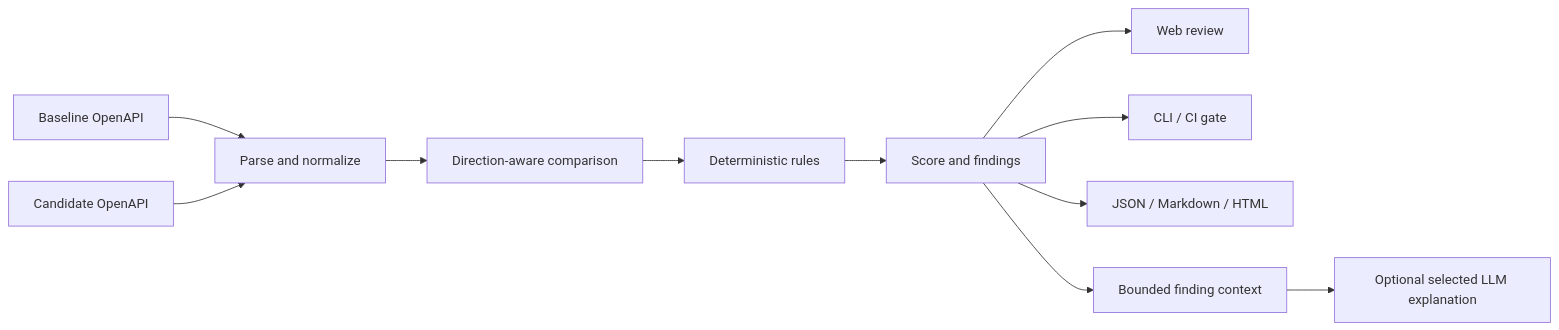
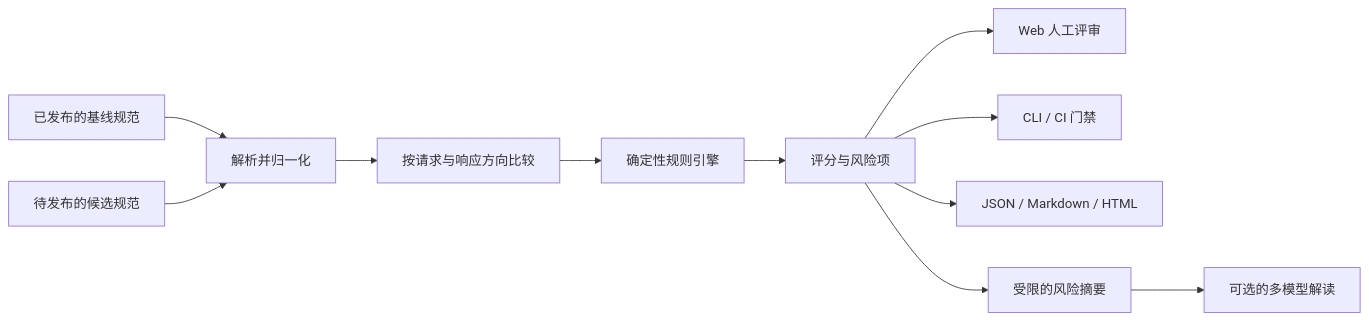
Before and after one commit to mingxian233/ContractGuard: the diagram in README.zh-CN.md, drawn with Mermaid. The commit also changed other lines of this file and 1 other file, not shown here.

````diff
--- a/README.zh-CN.md
+++ b/README.zh-CN.md
@@ -225,13 +207,13 @@
 ```mermaid
 flowchart LR
-    A[Baseline OpenAPI] --> P[Parse and normalize]
-    B[Candidate OpenAPI] --> P
-    P --> D[Direction-aware comparison]
-    D --> R[Deterministic rules]
-    R --> S[Score and findings]
-    S --> W[Web review]
-    S --> C[CLI / CI gate]
+    A[已发布的基线规范] --> P[解析并归一化]
+    B[待发布的候选规范] --> P
+    P --> D[按请求与响应方向比较]
+    D --> R[确定性规则引擎]
+    R --> S[评分与风险项]
+    S --> W[Web 人工评审]
+    S --> C[CLI / CI 门禁]
     S --> E[JSON / Markdown / HTML]
-    S --> M[Bounded finding context]
-    M --> AI[Optional selected LLM explanation]
+    S --> M[受限的风险摘要]
+    M --> AI[可选的多模型解读]
 ```
````
